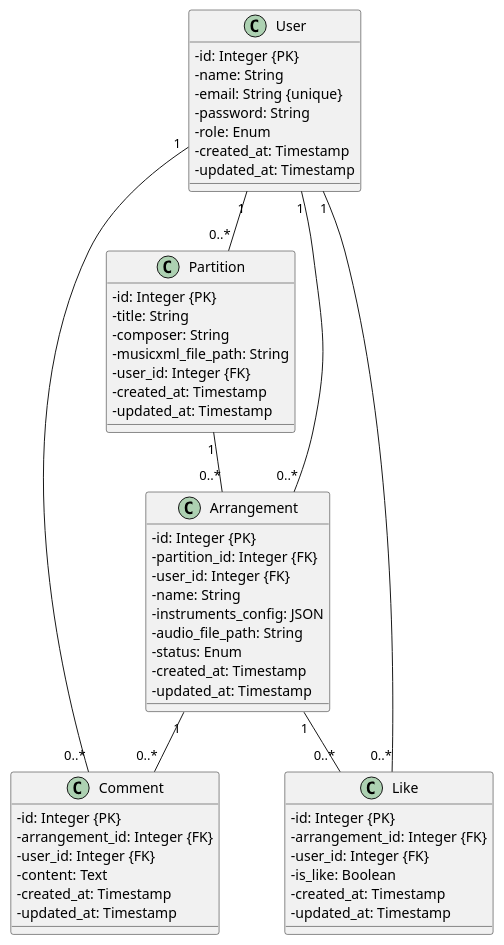
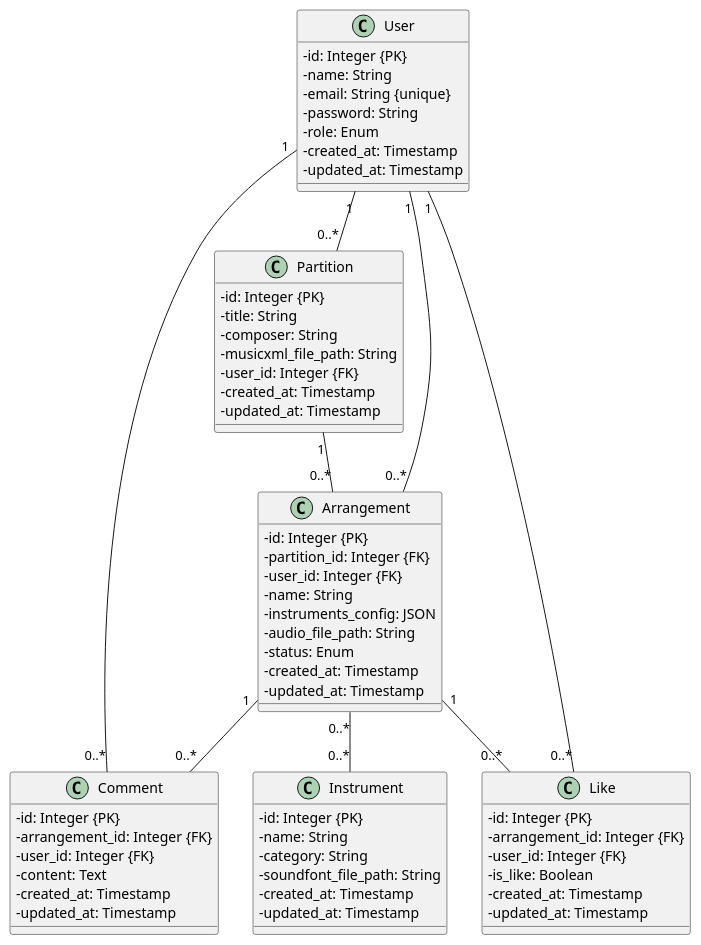
One commit to OretrO/Len-Synphonie changed the first of 2 diagrams in README.md. Above: the diagram before and after it, drawn with PlantUML.

````diff
--- a/README.md
+++ b/README.md
@@ -62,63 +62,73 @@
 ```plantuml
 skinparam classAttributeIconSize 0
 
 class User {
   - id: Integer {PK}
   - name: String
   - email: String {unique}
   - password: String
   - role: Enum
   - created_at: Timestamp
   - updated_at: Timestamp
 }
 
 class Partition {
   - id: Integer {PK}
   - title: String
   - composer: String
   - musicxml_file_path: String
   - user_id: Integer {FK}
   - created_at: Timestamp
   - updated_at: Timestamp
 }
 
 class Arrangement {
   - id: Integer {PK}
   - partition_id: Integer {FK}
   - user_id: Integer {FK}
   - name: String
   - instruments_config: JSON
   - audio_file_path: String
   - status: Enum
   - created_at: Timestamp
   - updated_at: Timestamp
 }
 
+class Instrument {
+  - id: Integer {PK}
+  - name: String
+  - category: String
+  - soundfont_file_path: String
+  - created_at: Timestamp
+  - updated_at: Timestamp
+}
+
 class Comment {
   - id: Integer {PK}
   - arrangement_id: Integer {FK}
   - user_id: Integer {FK}
   - content: Text
   - created_at: Timestamp
   - updated_at: Timestamp
 }
 
 class Like {
   - id: Integer {PK}
   - arrangement_id: Integer {FK}
   - user_id: Integer {FK}
   - is_like: Boolean
   - created_at: Timestamp
   - updated_at: Timestamp
 }
 
 User "1" -- "0..*" Partition
 User "1" -- "0..*" Arrangement
 User "1" -- "0..*" Comment
 User "1" -- "0..*" Like
 
 Partition "1" -- "0..*" Arrangement
 
 Arrangement "1" -- "0..*" Comment
 Arrangement "1" -- "0..*" Like
+Arrangement "0..*" -- "0..*" Instrument
 ```
````
